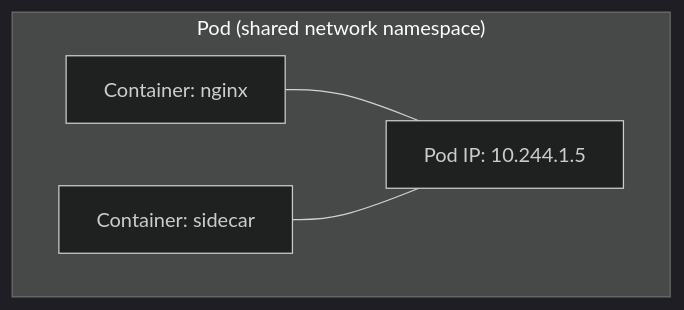
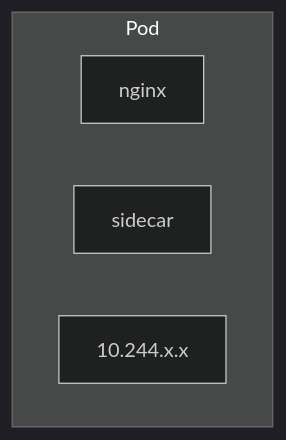
One commit to AbdelwahabAdam/K8S-notes changed the fifth of 10 diagrams in Study/1.Core Concepts/enhanced_readme.md. Above: the diagram before and after it, drawn with Mermaid (dark theme). The commit also changed other lines of this file and 22 other files, not shown here.

````diff
--- a/Study/1.Core Concepts/enhanced_readme.md
+++ b/Study/1.Core Concepts/enhanced_readme.md
@@ -310,10 +428,8 @@
 ```mermaid
 flowchart TB
-    subgraph Pod["Pod (shared network namespace)"]
-        C1[Container: nginx]
-        C2[Container: sidecar]
-        IP[Pod IP: 10.244.1.5]
+    subgraph Pod["Pod"]
+        C1[nginx]
+        C2[sidecar]
+        IP[10.244.x.x]
     end
-    C1 --- IP
-    C2 --- IP
 ```
````
